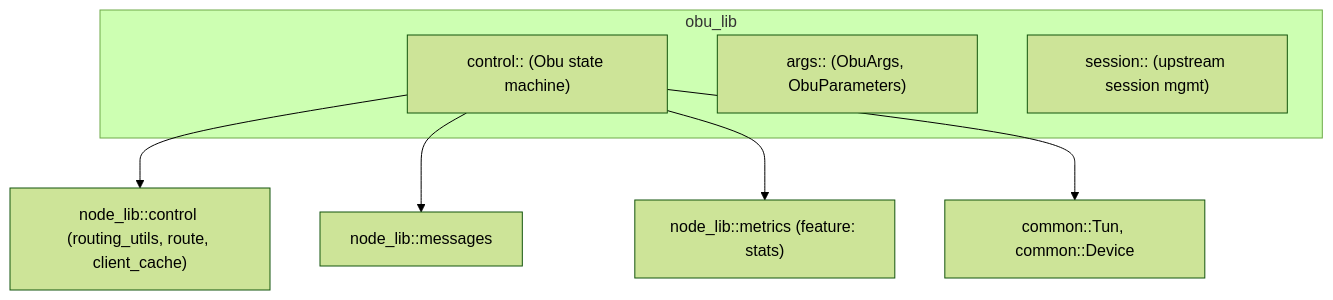
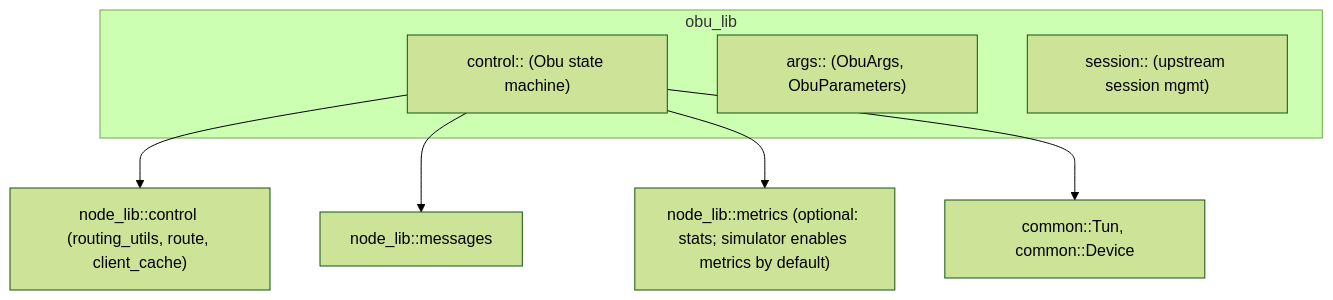
Before and after one commit to GomesGoncalo/vigilant-parakeet: the diagram in obu_lib/ARCHITECTURE.md, drawn with Mermaid (forest theme). The commit also changed 1188 other files, not shown here.

````diff
--- a/obu_lib/ARCHITECTURE.md
+++ b/obu_lib/ARCHITECTURE.md
@@ -5,13 +5,13 @@
 ```mermaid
 flowchart TB
   subgraph obu_lib
     OB["control:: (Obu state machine)"]
     AR["args:: (ObuArgs, ObuParameters)"]
     SE["session:: (upstream session mgmt)"]
   end
 
   OB --> NL["node_lib::control (routing_utils, route, client_cache)"]
   OB --> MS["node_lib::messages"]
-  OB --> MET["node_lib::metrics (feature: stats)"]
+  OB --> MET["node_lib::metrics (optional: stats; simulator enables metrics by default)"]
   OB --> CMN["common::Tun, common::Device"]
 ```
````
